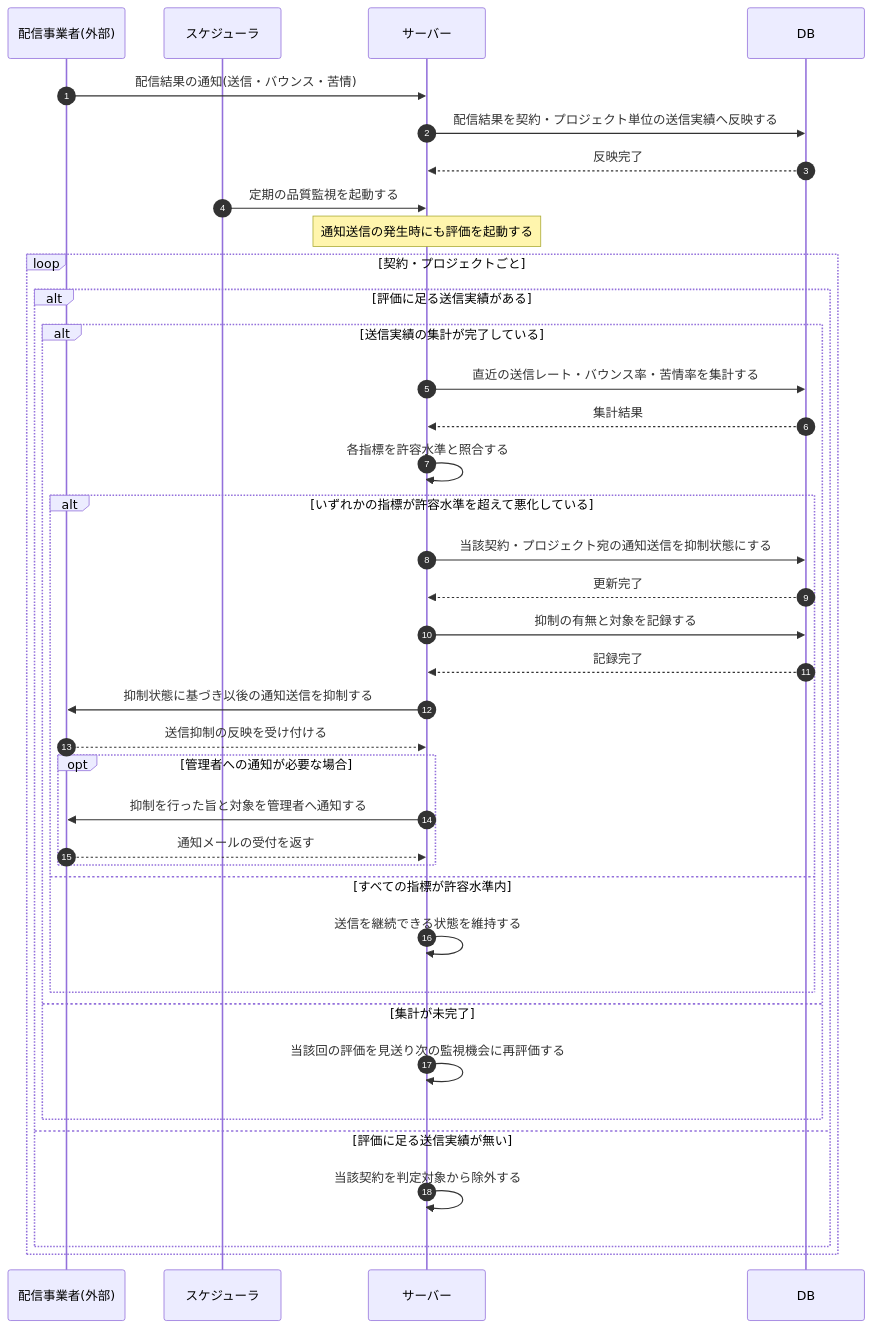
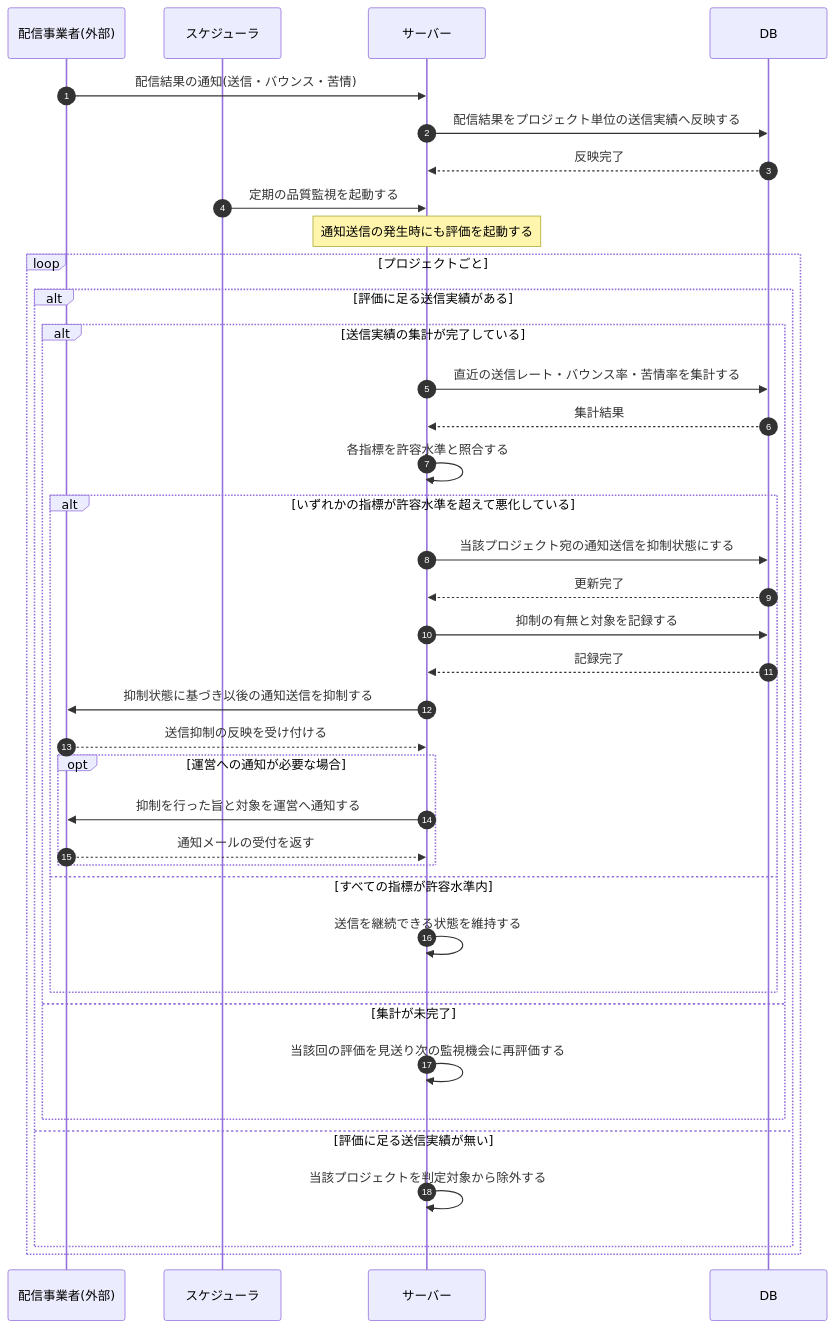
The diagram in 02_basic_design/03_sequences/SEQ-116.md (sikakou54/open-faq), drawn with Mermaid before and after one commit. The commit also changed other lines of this file and 294 other files, not shown here.

````diff
--- a/02_basic_design/03_sequences/SEQ-116.md
+++ b/02_basic_design/03_sequences/SEQ-116.md
@@ -24,40 +24,40 @@
 ```mermaid
 sequenceDiagram
   autonumber
   participant ESP as 配信事業者(外部)
   participant SCH as スケジューラ
   participant Server as サーバー
   participant DB as DB
   ESP->>Server: 配信結果の通知(送信・バウンス・苦情)
-  Server->>DB: 配信結果を契約・プロジェクト単位の送信実績へ反映する
+  Server->>DB: 配信結果をプロジェクト単位の送信実績へ反映する
   DB-->>Server: 反映完了
   SCH->>Server: 定期の品質監視を起動する
   Note over Server: 通知送信の発生時にも評価を起動する
-  loop 契約・プロジェクトごと
+  loop プロジェクトごと
     alt 評価に足る送信実績がある
       alt 送信実績の集計が完了している
         Server->>DB: 直近の送信レート・バウンス率・苦情率を集計する
         DB-->>Server: 集計結果
         Server->>Server: 各指標を許容水準と照合する
         alt いずれかの指標が許容水準を超えて悪化している
-          Server->>DB: 当該契約・プロジェクト宛の通知送信を抑制状態にする
+          Server->>DB: 当該プロジェクト宛の通知送信を抑制状態にする
           DB-->>Server: 更新完了
           Server->>DB: 抑制の有無と対象を記録する
           DB-->>Server: 記録完了
           Server->>ESP: 抑制状態に基づき以後の通知送信を抑制する
           ESP-->>Server: 送信抑制の反映を受け付ける
-          opt 管理者への通知が必要な場合
-            Server->>ESP: 抑制を行った旨と対象を管理者へ通知する
+          opt 運営への通知が必要な場合
+            Server->>ESP: 抑制を行った旨と対象を運営へ通知する
             ESP-->>Server: 通知メールの受付を返す
           end
         else すべての指標が許容水準内
           Server->>Server: 送信を継続できる状態を維持する
         end
       else 集計が未完了
         Server->>Server: 当該回の評価を見送り次の監視機会に再評価する
       end
     else 評価に足る送信実績が無い
-      Server->>Server: 当該契約を判定対象から除外する
+      Server->>Server: 当該プロジェクトを判定対象から除外する
     end
   end
 ```
````
